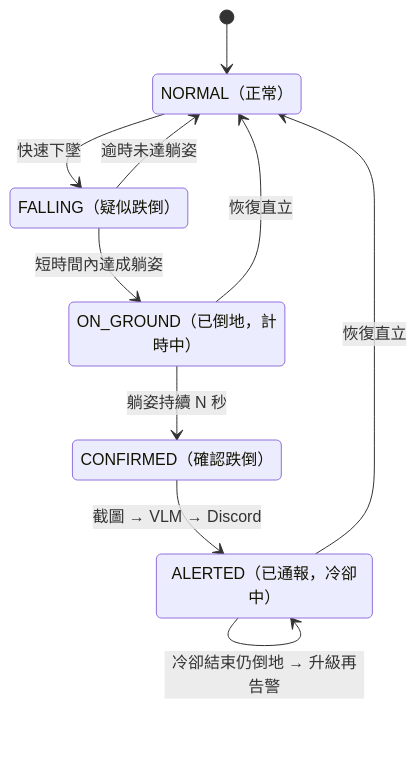
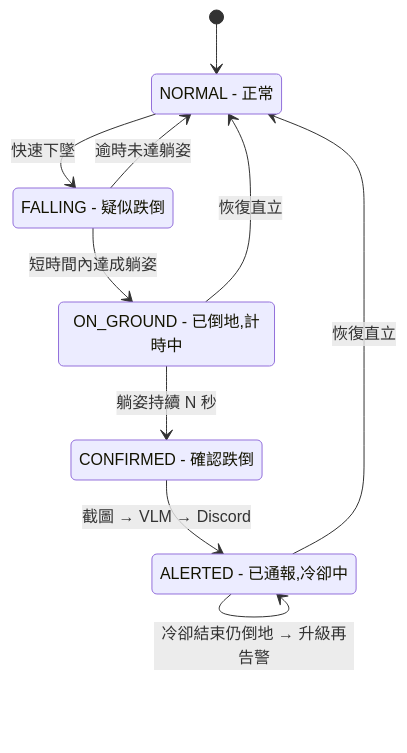
Before and after one commit to kuotunyu/fall-guard-cv: the second of 2 diagrams in README.md, drawn with Mermaid. The commit also changed other lines of this file and 2 other files, not shown here.

````diff
--- a/README.md
+++ b/README.md
@@ -39,17 +39,17 @@
 ```mermaid
 stateDiagram-v2
-    state "NORMAL（正常）" as NORMAL
-    state "FALLING（疑似跌倒）" as FALLING
-    state "ON_GROUND（已倒地，計時中）" as ON_GROUND
-    state "CONFIRMED（確認跌倒）" as CONFIRMED
-    state "ALERTED（已通報，冷卻中）" as ALERTED
+    state "NORMAL - 正常" as NORMAL
+    state "FALLING - 疑似跌倒" as FALLING
+    state "ON_GROUND - 已倒地,計時中" as ON_GROUND
+    state "CONFIRMED - 確認跌倒" as CONFIRMED
+    state "ALERTED - 已通報,冷卻中" as ALERTED
     [*] --> NORMAL
     NORMAL --> FALLING : 快速下墜
     FALLING --> ON_GROUND : 短時間內達成躺姿
     FALLING --> NORMAL : 逾時未達躺姿
     ON_GROUND --> CONFIRMED : 躺姿持續 N 秒
     ON_GROUND --> NORMAL : 恢復直立
     CONFIRMED --> ALERTED : 截圖 → VLM → Discord
     ALERTED --> NORMAL : 恢復直立
     ALERTED --> ALERTED : 冷卻結束仍倒地 → 升級再告警
 ```
````
